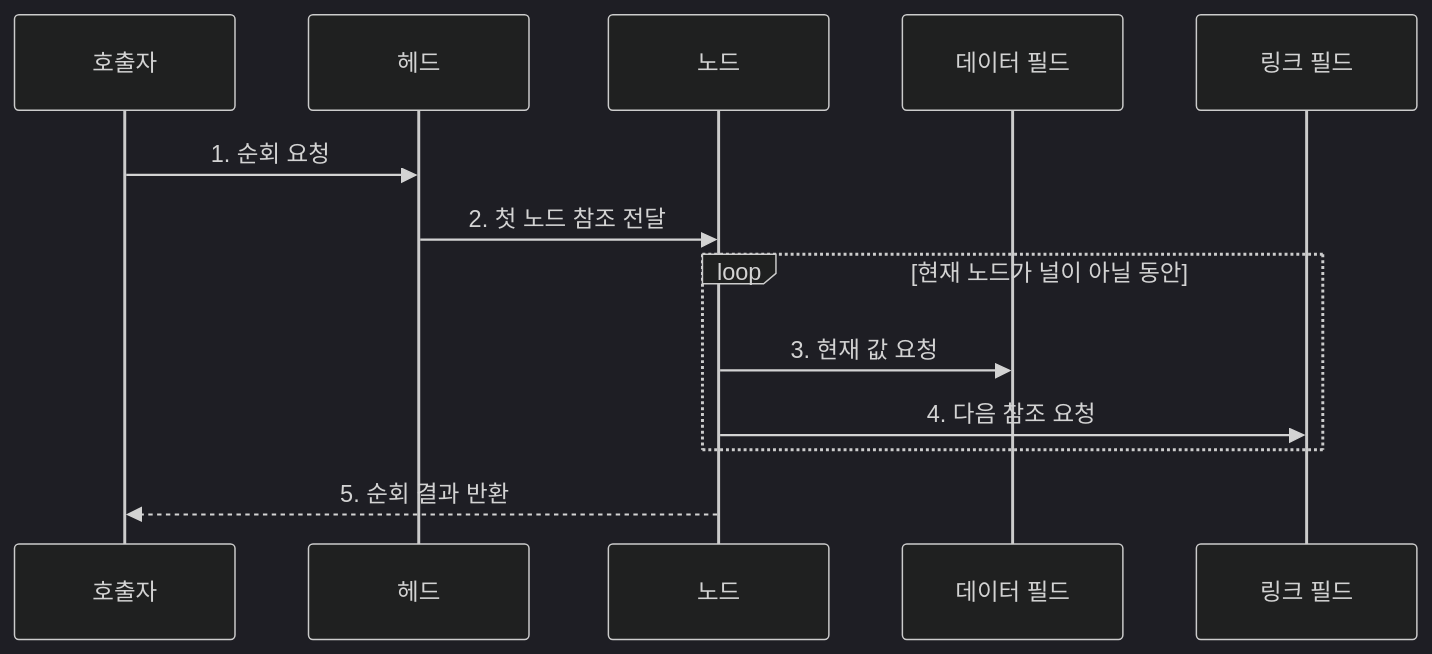
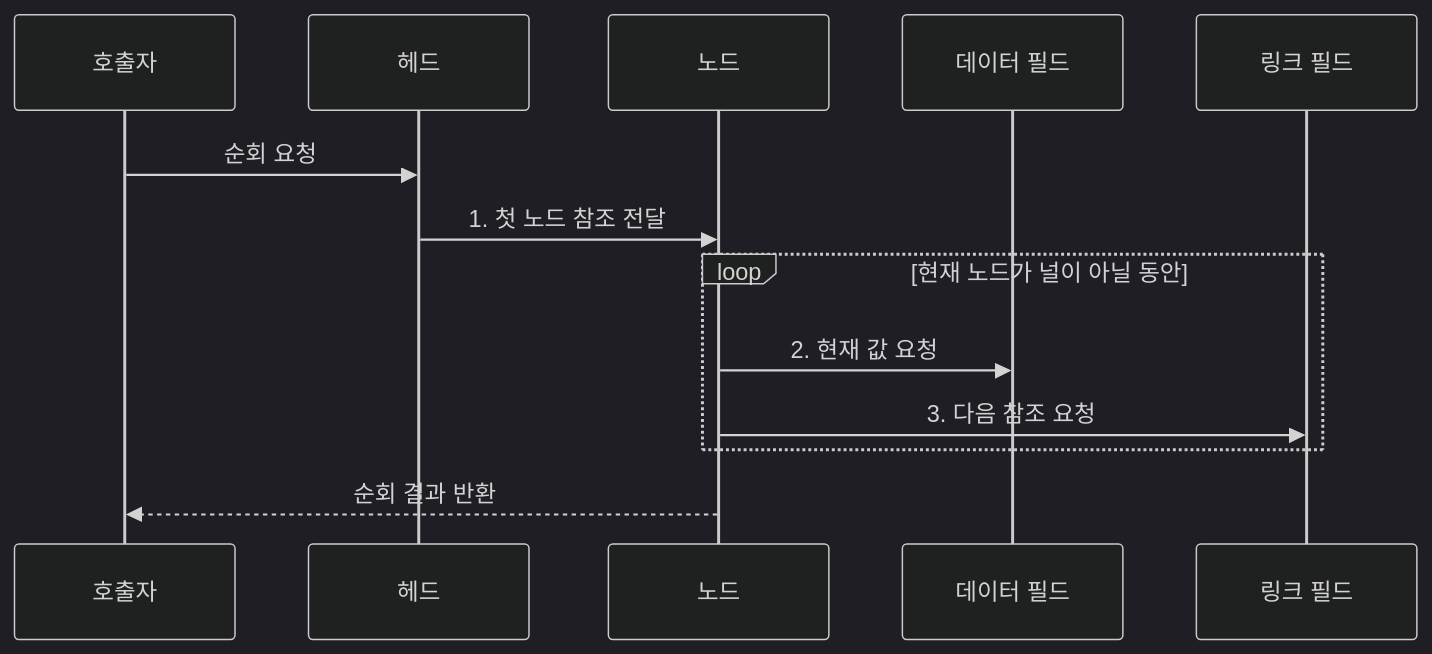
One commit to agnusdei1207/knowledge-base changed the second of 2 diagrams in src/content/docs/notes/01-basic-theory/006_linked_list.md. Above: the diagram before and after it, drawn with Mermaid (dark theme). The commit also changed other lines of this file and 17 other files, not shown here.

````diff
--- a/src/content/docs/notes/01-basic-theory/006_linked_list.md
+++ b/src/content/docs/notes/01-basic-theory/006_linked_list.md
@@ -83,15 +83,15 @@
 ```mermaid
 sequenceDiagram
     participant Q as 호출자
     participant H as 헤드
     participant N as 노드
     participant D as 데이터 필드
     participant L as 링크 필드
-    Q->>H: 1. 순회 요청
-    H->>N: 2. 첫 노드 참조 전달
+    Q->>H: 순회 요청
+    H->>N: 1. 첫 노드 참조 전달
     loop 현재 노드가 널이 아닐 동안
-        N->>D: 3. 현재 값 요청
-        N->>L: 4. 다음 참조 요청
+        N->>D: 2. 현재 값 요청
+        N->>L: 3. 다음 참조 요청
     end
-    N-->>Q: 5. 순회 결과 반환
+    N-->>Q: 순회 결과 반환
 ```
````
